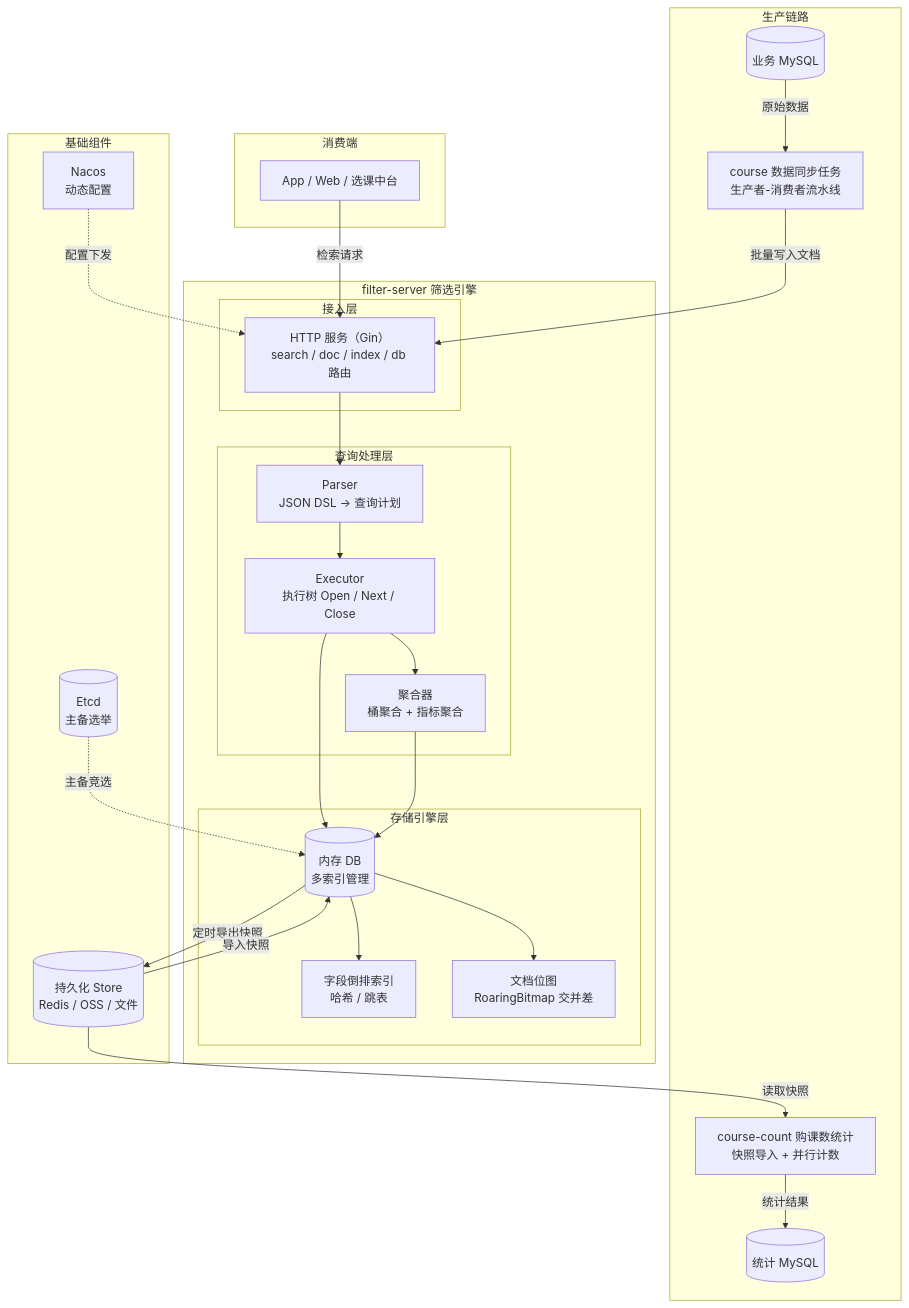
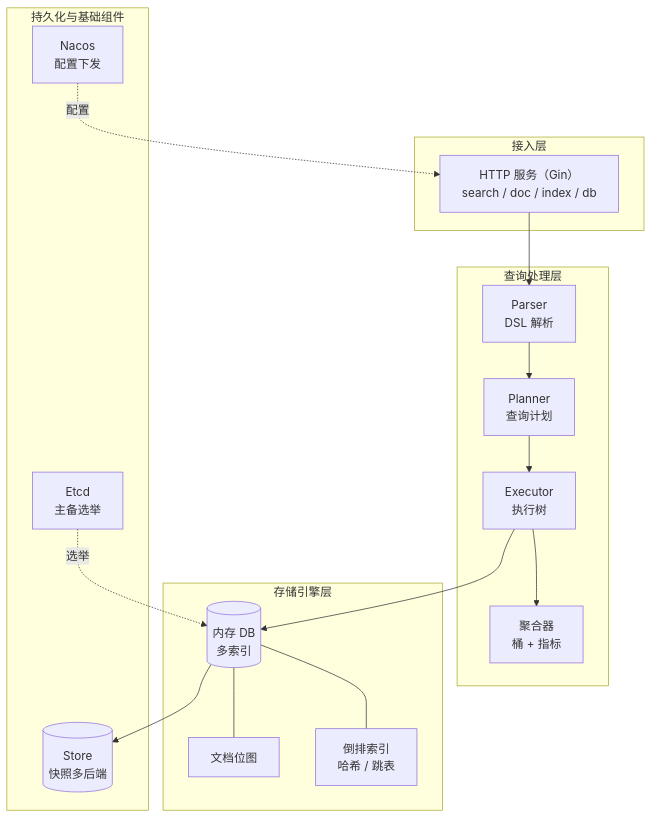
One commit to haifeiWu/haifeiWu.github.io changed the first of 29 diagrams in content/posts/zi-yan-nei-cun-jian-suo-yin-qing-filter-service/index.md. Above: the diagram before and after it, drawn with Mermaid. The commit also changed other lines of this file, not shown here.

Commit message:
新增整体架构图，原图收敛为数据流图

```diff
--- a/content/posts/zi-yan-nei-cun-jian-suo-yin-qing-filter-service/index.md
+++ b/content/posts/zi-yan-nei-cun-jian-suo-yin-qing-filter-service/index.md
@@ -40,53 +40,31 @@
 {{< mermaid >}}
 flowchart TB
-    subgraph 消费端
-        APP["App / Web / 选课中台"]
+    subgraph L1["接入层"]
+        GW["HTTP 服务（Gin）<br/>search / doc / index / db"]
     end
 
-    subgraph 生产链路
-        MYSQL[("业务 MySQL")]
-        ETL["course 数据同步任务<br/>生产者-消费者流水线"]
-        CC["course-count 购课数统计<br/>快照导入 + 并行计数"]
-        STAT[("统计 MySQL")]
+    subgraph L2["查询处理层"]
+        PA["Parser<br/>DSL 解析"] --> PL["Planner<br/>查询计划"] --> EX["Executor<br/>执行树"]
+        EX --> AG["聚合器<br/>桶 + 指标"]
     end
 
-    subgraph 引擎["filter-server 筛选引擎"]
-        subgraph 接入层
-            HTTP["HTTP 服务（Gin）<br/>search / doc / index / db 路由"]
-        end
-        subgraph 查询处理层
-            PARSER["Parser<br/>JSON DSL → 查询计划"]
-            EXEC["Executor<br/>执行树 Open / Next / Close"]
-            AGG["聚合器<br/>桶聚合 + 指标聚合"]
-        end
-        subgraph 存储引擎层
-            MEM[("内存 DB<br/>多索引管理")]
-            INVERT["字段倒排索引<br/>哈希 / 跳表"]
-            BITMAP["文档位图<br/>RoaringBitmap 交并差"]
-        end
+    subgraph L3["存储引擎层"]
+        DB[("内存 DB<br/>多索引")]
+        IDX["倒排索引<br/>哈希 / 跳表"]
+        BM["文档位图"]
+        DB --- IDX
+        DB --- BM
     end
 
-    subgraph 基础组件
-        ETCD[("Etcd<br/>主备选举")]
-        NACOS["Nacos<br/>动态配置"]
-        STORE[("持久化 Store<br/>Redis / OSS / 文件")]
+    subgraph L4["持久化与基础组件"]
+        ST[("Store<br/>快照多后端")]
+        ET["Etcd<br/>主备选举"]
+        NC["Nacos<br/>配置下发"]
     end
 
-    APP -->|检索请求| HTTP
-    HTTP --> PARSER --> EXEC
-    EXEC --> AGG
-    EXEC --> MEM
-    AGG --> MEM
-    MEM --> INVERT
-    MEM --> BITMAP
-
-    MYSQL -->|原始数据| ETL
-    ETL -->|批量写入文档| HTTP
-    MEM -->|定时导出快照| STORE
-    STORE -->|导入快照| MEM
-    STORE -->|读取快照| CC
-    CC -->|统计结果| STAT
-
-    ETCD -. 主备竞选 .-> MEM
-    NACOS -. 配置下发 .-> HTTP
+    GW --> PA
+    EX --> DB
+    DB --> ST
+    ET -. 选举 .-> DB
+    NC -. 配置 .-> GW
 {{< /mermaid >}}
```
